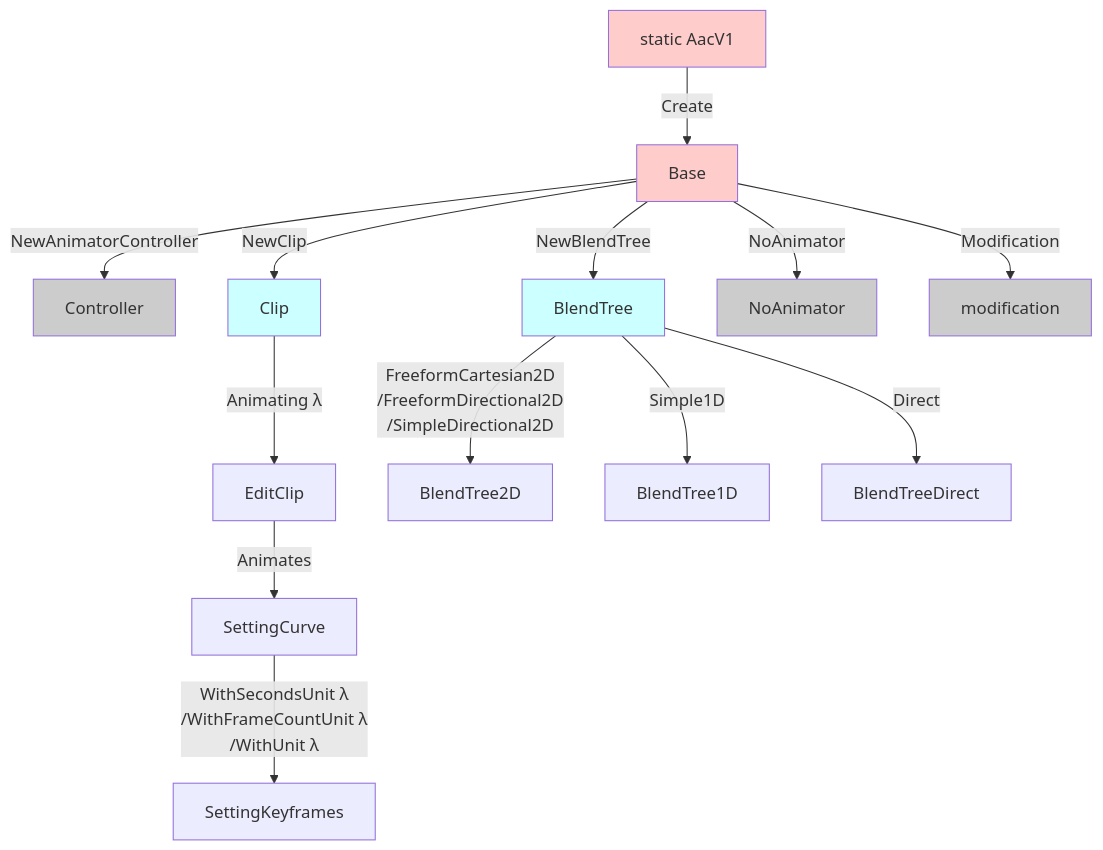
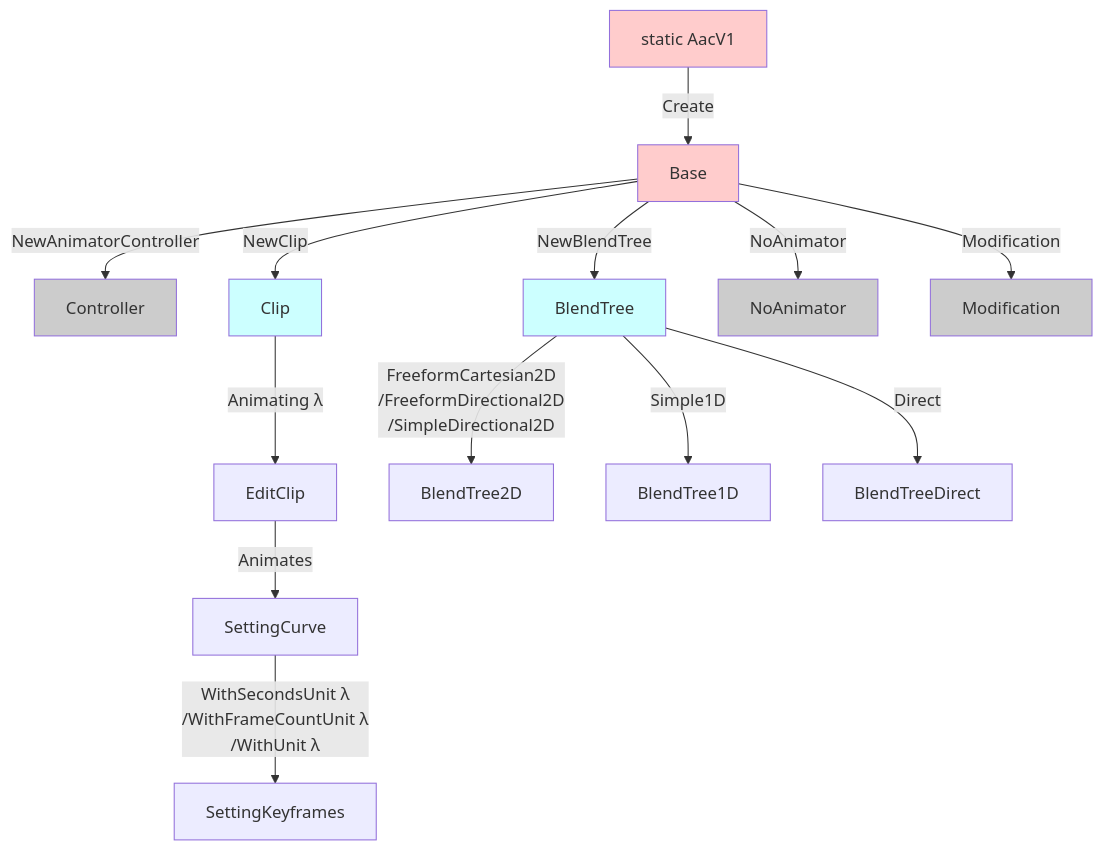
The second of 2 diagrams in docs/products/animator-as-code/functions/base.md (hai-vr/documentation), drawn with Mermaid before and after one commit. The commit also changed other lines of this file, not shown here.

````diff
--- a/docs/products/animator-as-code/functions/base.md
+++ b/docs/products/animator-as-code/functions/base.md
@@ -55,22 +55,22 @@
 ```mermaid
 graph TD;
     AacV1[static AacV1]:::roots-->|Create|Base:::roots;
     Base-->|NewAnimatorController|Controller:::disabled;
     
     Base-->|NewClip|Clip:::focus;
     Base-->|NewBlendTree|BlendTree:::focus;
     Clip-->|Animating λ|EditClip;
     EditClip-->|Animates|SettingCurve;
     SettingCurve-->|WithSecondsUnit λ<br>/WithFrameCountUnit λ<br>/WithUnit λ|SettingKeyframes;
     
     BlendTree-->|FreeformCartesian2D<br>/FreeformDirectional2D<br>/SimpleDirectional2D|BlendTree2D;
     BlendTree-->|Simple1D|BlendTree1D;
     BlendTree-->|Direct|BlendTreeDirect;
     
     Base-->|NoAnimator|NoAnimator:::disabled;
-    Base-->|Modification|modification:::disabled;
+    Base-->|Modification|Modification:::disabled;
     
     classDef disabled fill:#CCC
     classDef roots fill:#FCC
     classDef focus fill:#CFF
 ```
````
